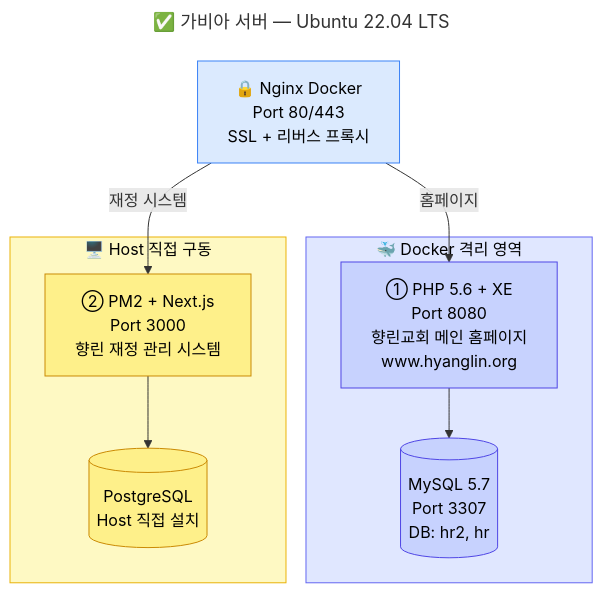
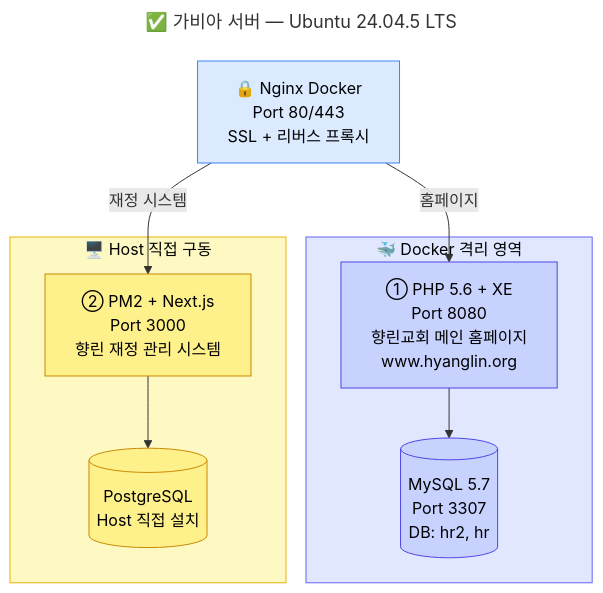
One commit to extralee/hyanglin-homepage-design changed the second of 4 diagrams in docs/legacy-vs-modern-architecture.md. Above: the diagram before and after it, drawn with Mermaid. The commit also changed other lines of this file and 2 other files, not shown here.

````diff
--- a/docs/legacy-vs-modern-architecture.md
+++ b/docs/legacy-vs-modern-architecture.md
@@ -55,29 +55,29 @@
 ```mermaid
 ---
-title: ✅ 가비아 서버 — Ubuntu 22.04 LTS
+title: ✅ 가비아 서버 — Ubuntu 24.04.5 LTS
 ---
 flowchart TD
   nginx["🔒 Nginx Docker<br>Port 80/443<br>SSL + 리버스 프록시"]
 
   subgraph docker_zone["🐳 Docker 격리 영역"]
     xe["① PHP 5.6 + XE<br>Port 8080<br>향린교회 메인 홈페이지<br>www.hyanglin.org"]
     mysql[("MySQL 5.7<br>Port 3307<br>DB: hr2, hr")]
   end
 
   subgraph host_zone["🖥️ Host 직접 구동"]
     nextjs["② PM2 + Next.js<br>Port 3000<br>향린 재정 관리 시스템"]
     pg[("PostgreSQL<br>Host 직접 설치")]
   end
 
   nginx -->|"홈페이지"| xe
   nginx -->|"재정 시스템"| nextjs
   xe --> mysql
   nextjs --> pg
   style nginx fill:#dbeafe,stroke:#3b82f6,color:#000
   style docker_zone fill:#e0e7ff,stroke:#6366f1,color:#000
   style xe fill:#c7d2fe,stroke:#4f46e5,color:#000
   style mysql fill:#c7d2fe,stroke:#4f46e5,color:#000
   style host_zone fill:#fef9c3,stroke:#eab308,color:#000
   style nextjs fill:#fef08a,stroke:#ca8a04,color:#000
   style pg fill:#fef08a,stroke:#ca8a04,color:#000
 ```
````
